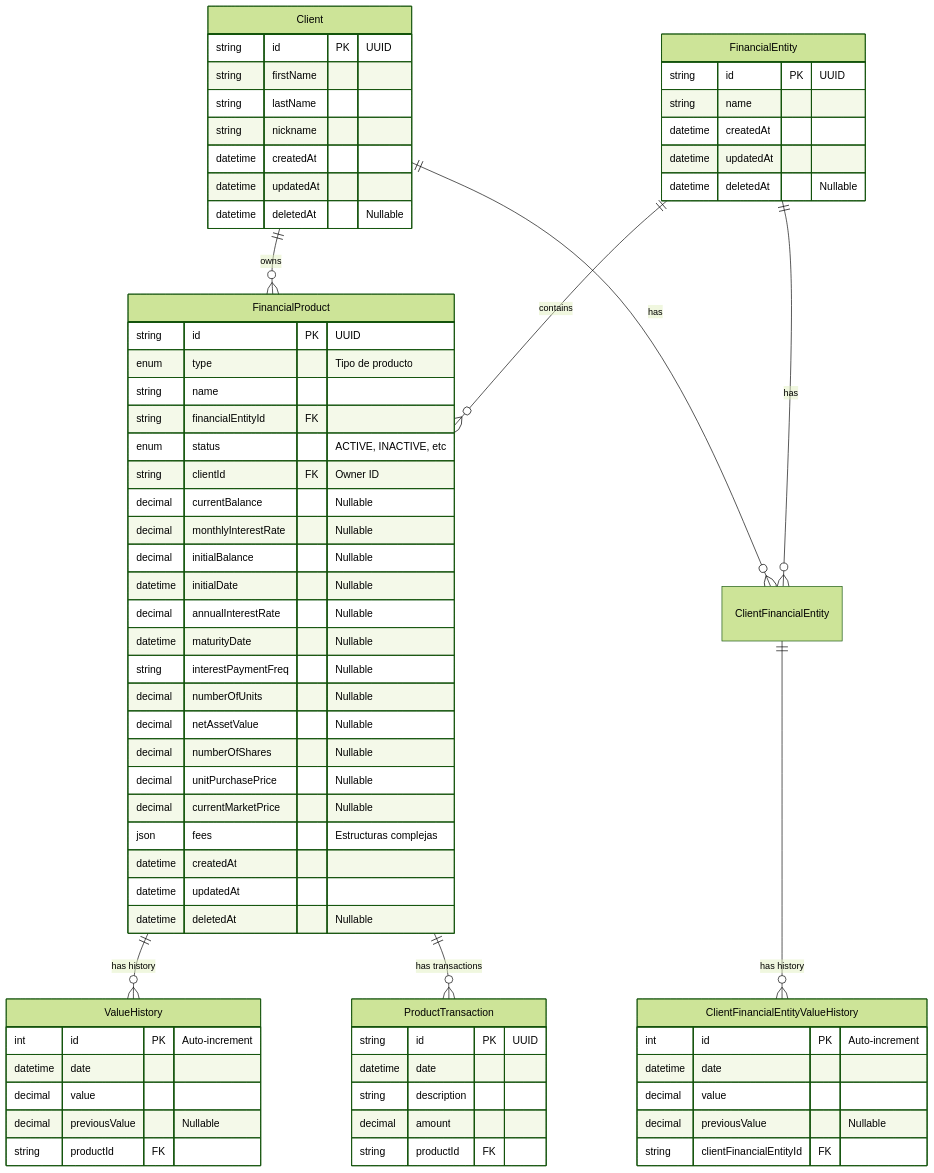
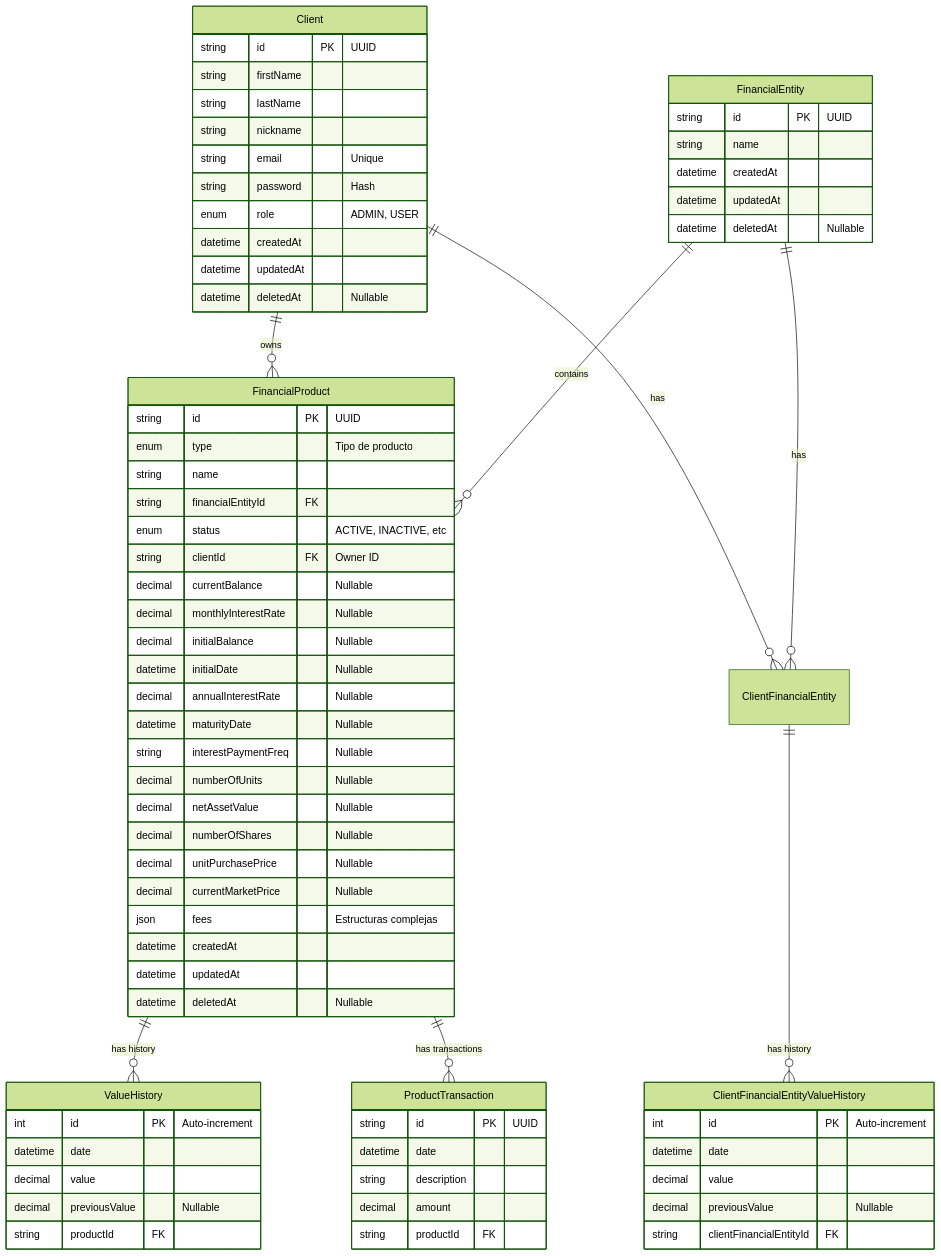
One commit to pabordonez/myfintonic changed the diagram in docs/002-database_design.md. Above: the diagram before and after it, drawn with Mermaid (forest theme). The commit also changed other lines of this file and 36 other files, not shown here.

````diff
--- a/docs/002-database_design.md
+++ b/docs/002-database_design.md
@@ -9,77 +9,80 @@
 ```mermaid
 erDiagram
     Client ||--o{ FinancialProduct : "owns"
     Client ||--o{ ClientFinancialEntity : "has"
     FinancialEntity ||--o{ ClientFinancialEntity : "has"
     FinancialEntity ||--o{ FinancialProduct : "contains"
     ClientFinancialEntity ||--o{ ClientFinancialEntityValueHistory : "has history"
     FinancialProduct ||--o{ ValueHistory : "has history"
     FinancialProduct ||--o{ ProductTransaction : "has transactions"
 
     Client {
         string id PK "UUID"
         string firstName
         string lastName
         string nickname
+        string email "Unique"
+        string password "Hash"
+        enum role "ADMIN, USER"
         datetime createdAt
         datetime updatedAt
         datetime deletedAt "Nullable"
     }
 
     FinancialEntity {
         string id PK "UUID"
         string name
         datetime createdAt
         datetime updatedAt
         datetime deletedAt "Nullable"
     }
 
     FinancialProduct {
         string id PK "UUID"
         enum type "Tipo de producto"
         string name
         string financialEntityId FK
         enum status "ACTIVE, INACTIVE, etc"
         string clientId FK "Owner ID"
         decimal currentBalance "Nullable"
         decimal monthlyInterestRate "Nullable"
         decimal initialBalance "Nullable"
         datetime initialDate "Nullable"
         decimal annualInterestRate "Nullable"
         datetime maturityDate "Nullable"
         string interestPaymentFreq "Nullable"
         decimal numberOfUnits "Nullable"
         decimal netAssetValue "Nullable"
         decimal numberOfShares "Nullable"
         decimal unitPurchasePrice "Nullable"
         decimal currentMarketPrice "Nullable"
         json fees "Estructuras complejas"
         datetime createdAt
         datetime updatedAt
         datetime deletedAt "Nullable"
     }
 
     ValueHistory {
         int id PK "Auto-increment"
         datetime date
         decimal value
         decimal previousValue "Nullable"
         string productId FK
     }
 
     ClientFinancialEntityValueHistory {
         int id PK "Auto-increment"
         datetime date
         decimal value
         decimal previousValue "Nullable"
         string clientFinancialEntityId FK
     }
 
     ProductTransaction {
         string id PK "UUID"
         datetime date
         string description
         decimal amount
         string productId FK
     }
 ```
````
